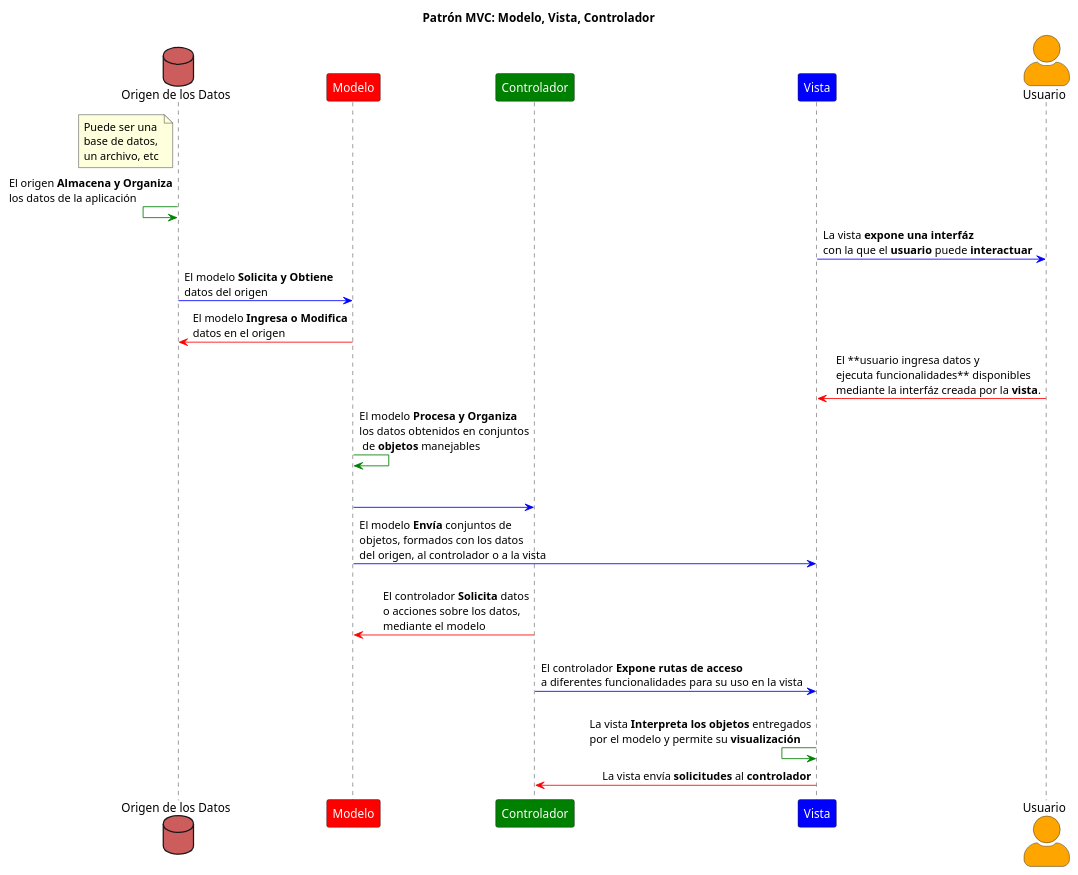
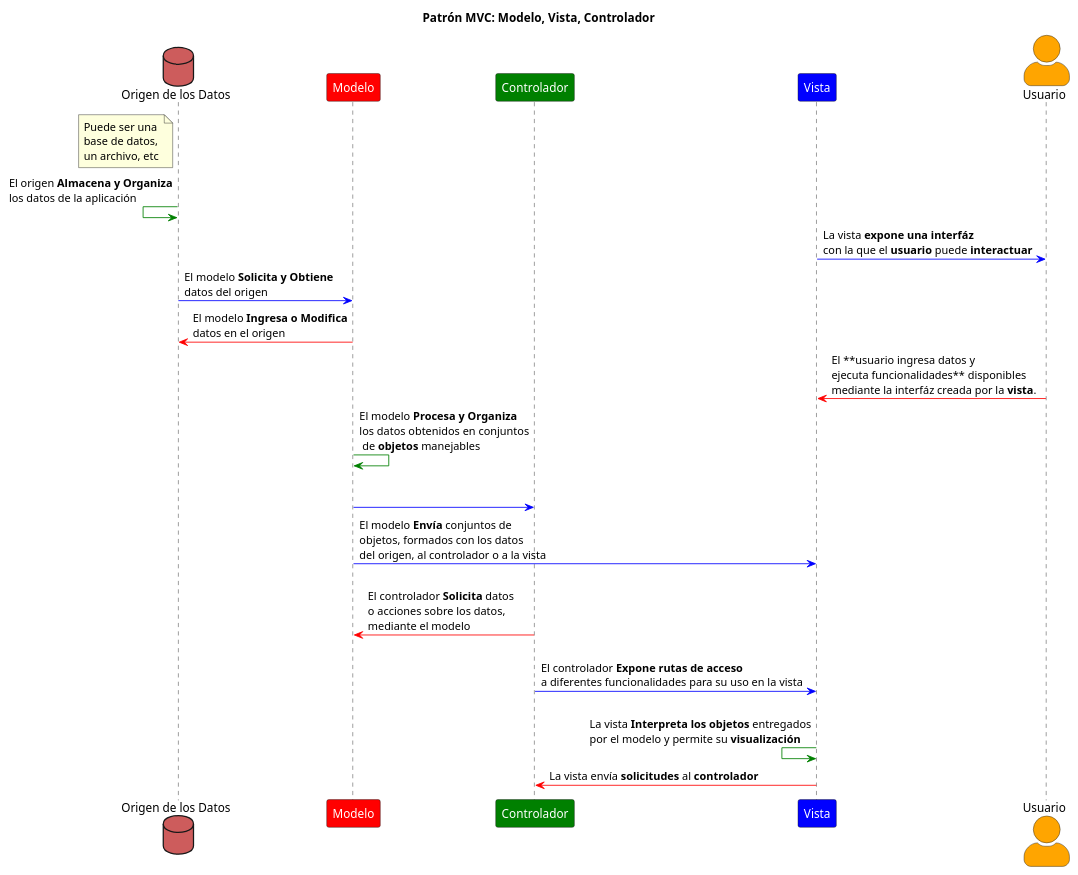
The diagram in Documentación/Backend/diagramaMVC.puml (lsedelosangeles/FullstackTecInfo), drawn with PlantUML before and after one commit. The commit also changed 4 other files, not shown here.

First line of the commit message:
Add new diagrams and update diagramaMVC.puml

```diff
--- a/Documentación/Backend/diagramaMVC.puml
+++ b/Documentación/Backend/diagramaMVC.puml
@@ -1,40 +1,40 @@
 @startuml DiagramaMVC
 skinparam actorStyle awesome
-skinparam sequenceMessageAlign direction
+
 <style>
     root {
         FontColor #?black:white
     }
 </style>
 
 title Patrón MVC: Modelo, Vista, Controlador
 
 database origendatos as "Origen de los Datos" #IndianRed 
 participant modelo as "Modelo" #Red
 participant controlador as "Controlador" #Green
 participant vista as "Vista" #Blue
 actor usuario as "Usuario" #Orange
 
 note left of origendatos
 Puede ser una 
 base de datos, 
 un archivo, etc
 end note
 
 origendatos <[#Green]- origendatos: El origen **Almacena y Organiza**\nlos datos de la aplicación
 
 vista -[#Blue]> usuario: La vista **expone una interfáz**\ncon la que el **usuario** puede **interactuar**
 
 modelo <[#Blue]- origendatos: El modelo **Solicita y Obtiene**\ndatos del origen
 modelo -[#Red]> origendatos: El modelo **Ingresa o Modifica**\ndatos en el origen
 vista <[#Red]- usuario: El **usuario ingresa datos y\nejecuta funcionalidades** disponibles\nmediante la interfáz creada por la **vista**.
 modelo -[#Green]> modelo: El modelo **Procesa y Organiza**\nlos datos obtenidos en conjuntos\n de **objetos** manejables
 
 modelo -[#Blue]> controlador: \n
 modelo -[#Blue]> vista: El modelo **Envía** conjuntos de\nobjetos, formados con los datos\ndel origen, al controlador o a la vista
 
 controlador -[#Red]> modelo: \nEl controlador **Solicita** datos\no acciones sobre los datos,\nmediante el modelo
 controlador-[#Blue]> vista: \nEl controlador **Expone rutas de acceso**\na diferentes funcionalidades para su uso en la vista
 vista <[#Green]- vista: \nLa vista **Interpreta los objetos** entregados\npor el modelo y permite su **visualización**
 controlador<[#Red]- vista: La vista envía **solicitudes** al **controlador**
 @enduml
```
